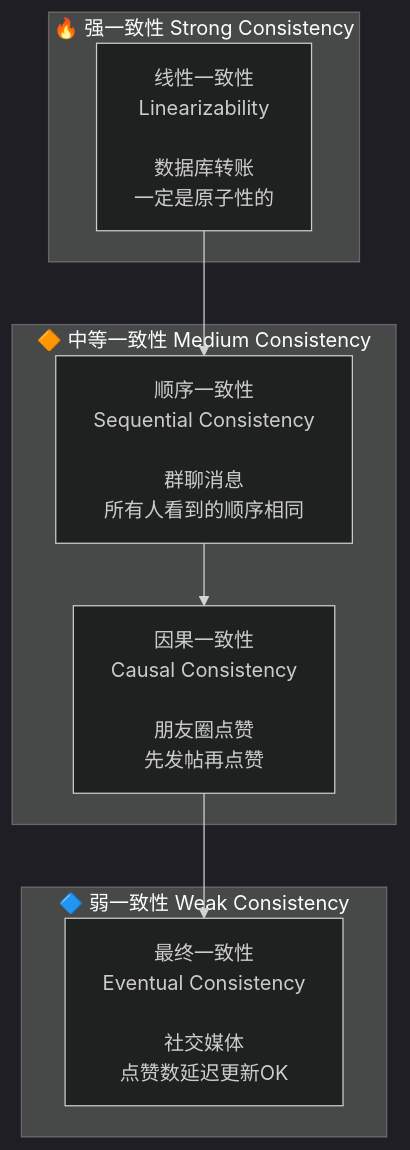
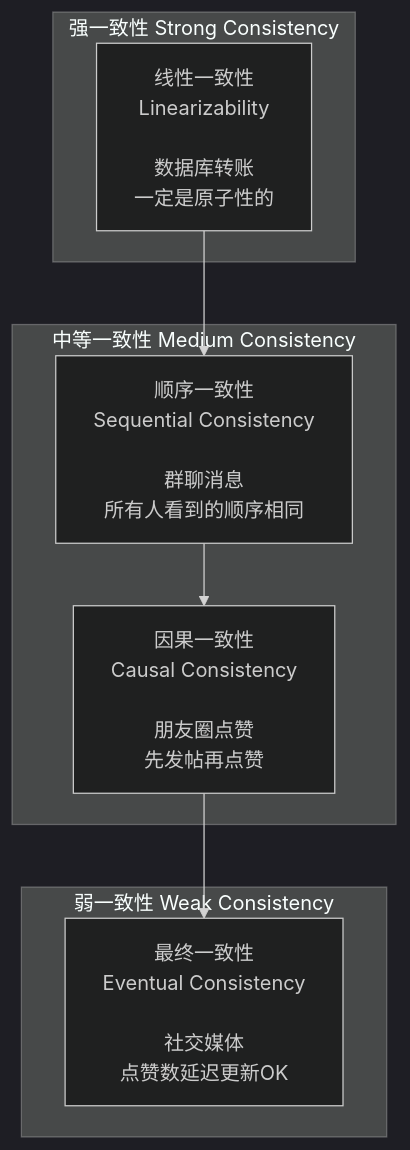
Before and after one commit to jsalessandro/lesshash: the fourth of 4 diagrams in content/posts/distributed-02-cap-theorem.md, drawn with Mermaid (dark theme). The commit also changed other lines of this file and 1 other file, not shown here.

First line of the commit message:
fix: Completely resolve Mermaid diagram rendering issues

````diff
--- a/content/posts/distributed-02-cap-theorem.md
+++ b/content/posts/distributed-02-cap-theorem.md
@@ -128,19 +128,19 @@
 ```mermaid
 flowchart TD
-    subgraph "🔥 强一致性 Strong Consistency"
+    subgraph StrongConsistency ["强一致性 Strong Consistency"]
         SC["线性一致性<br/>Linearizability<br/><br/>数据库转账<br/>一定是原子性的"]
     end
 
-    subgraph "🔶 中等一致性 Medium Consistency"
+    subgraph MediumConsistency ["中等一致性 Medium Consistency"]
         MC1["顺序一致性<br/>Sequential Consistency<br/><br/>群聊消息<br/>所有人看到的顺序相同"]
         MC2["因果一致性<br/>Causal Consistency<br/><br/>朋友圈点赞<br/>先发帖再点赞"]
     end
 
-    subgraph "🔷 弱一致性 Weak Consistency"
+    subgraph WeakConsistency ["弱一致性 Weak Consistency"]
         WC["最终一致性<br/>Eventual Consistency<br/><br/>社交媒体<br/>点赞数延迟更新OK"]
     end
 
     SC --> MC1
     MC1 --> MC2
     MC2 --> WC
 ```
````
